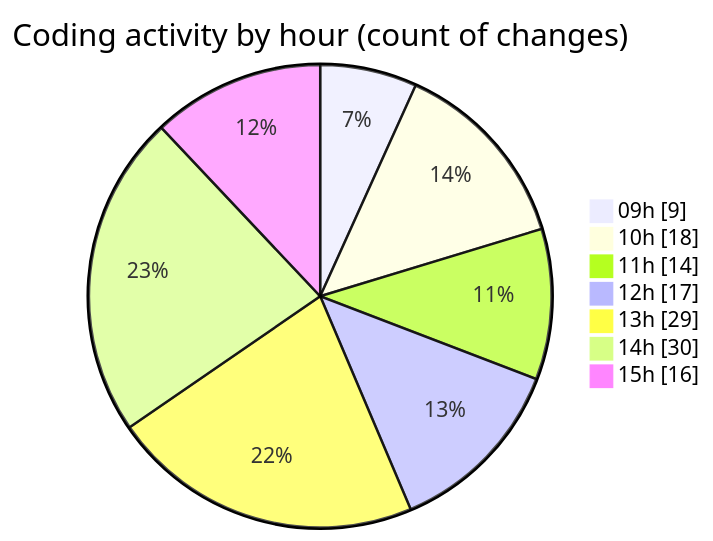
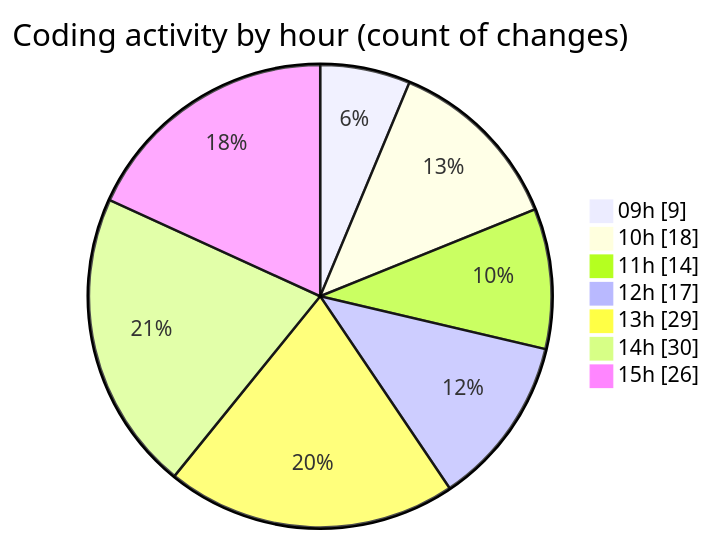
The second of 2 diagrams in 2025-03-24/cda/README.md (momahboobian/code-tracking), drawn with Mermaid before and after one commit. The commit also changed other lines of this file and 1 other file, not shown here.

````diff
--- a/2025-03-24/cda/README.md
+++ b/2025-03-24/cda/README.md
@@ -54,11 +54,11 @@
 ```mermaid
 pie showData
 title Coding activity by hour (count of changes)
 "09h" : 9
 "10h" : 18
 "11h" : 14
 "12h" : 17
 "13h" : 29
 "14h" : 30
-"15h" : 16
+"15h" : 26
 ```
````
